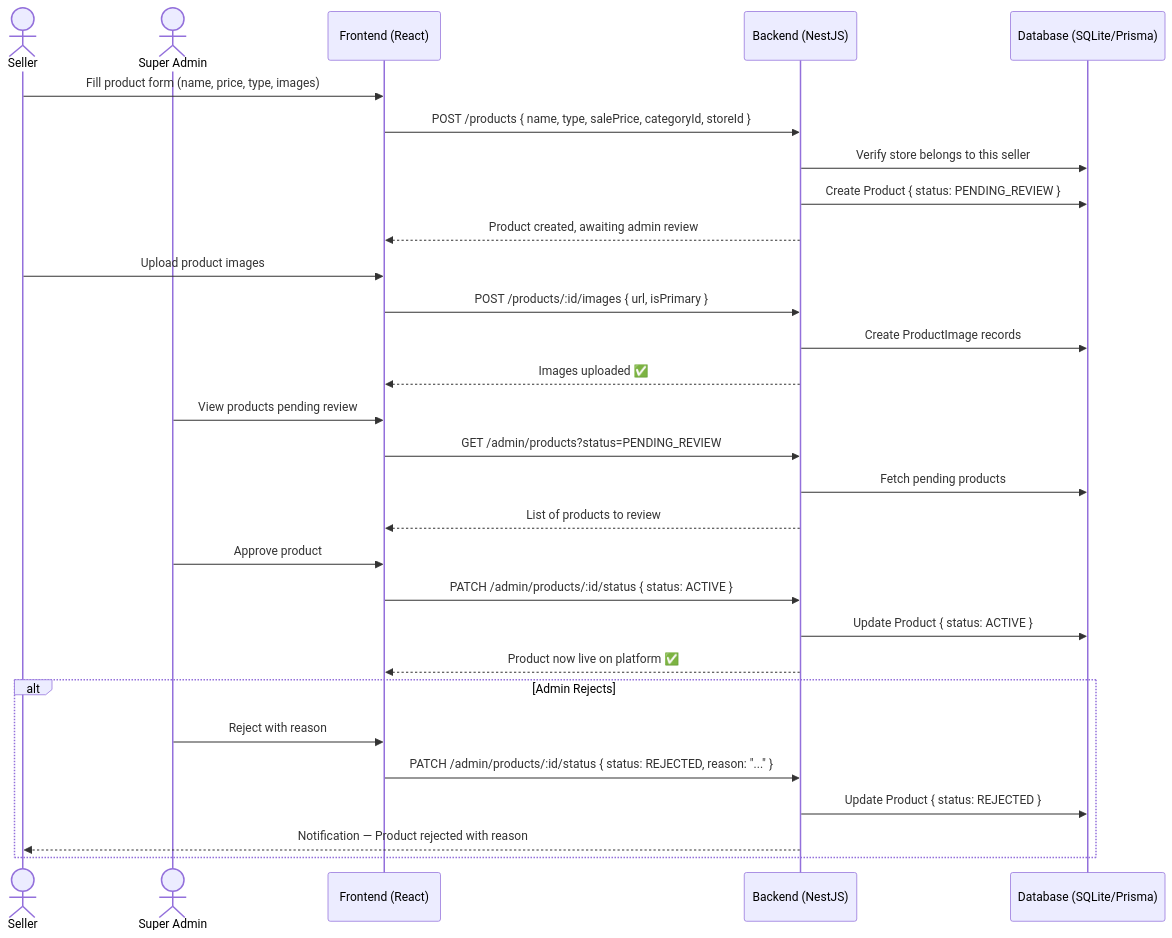
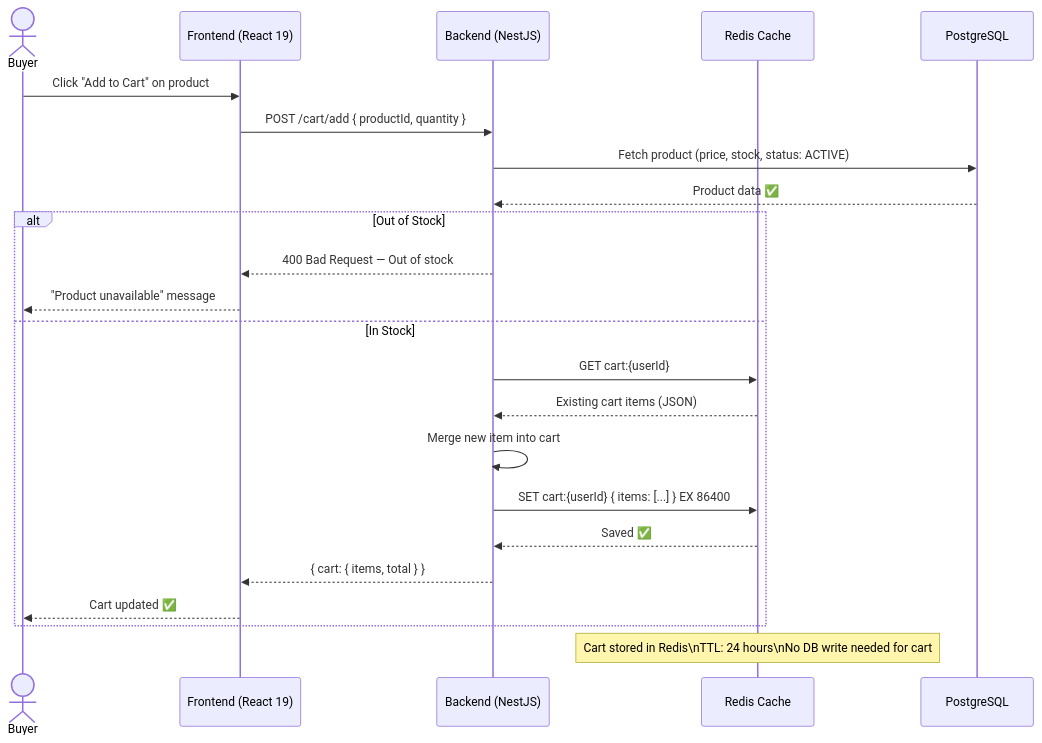
The fourth of 10 diagrams in diagrams/02_sequence_diagram.md (tayeb736/prohect12), drawn with Mermaid before and after one commit. The commit also changed other lines of this file and 7 other files, not shown here.

Commit message:
docs: update all UML diagrams — add PostgreSQL, Redis, S3, Stripe, SendGrid, KYC, Swagger per readme2 & README3

````diff
--- a/diagrams/02_sequence_diagram.md
+++ b/diagrams/02_sequence_diagram.md
@@ -110,36 +123,28 @@
 ```mermaid
 sequenceDiagram
-  actor Seller
-  actor Admin as Super Admin
-  participant Browser as Frontend (React)
+  actor Buyer
+  participant Browser as Frontend (React 19)
   participant API as Backend (NestJS)
-  participant DB as Database (SQLite/Prisma)
+  participant Redis as Redis Cache
+  participant DB as PostgreSQL
 
-  Seller->>Browser: Fill product form (name, price, type, images)
-  Browser->>API: POST /products { name, type, salePrice, categoryId, storeId }
-  API->>DB: Verify store belongs to this seller
-  API->>DB: Create Product { status: PENDING_REVIEW }
-  API-->>Browser: Product created, awaiting admin review
+  Buyer->>Browser: Click "Add to Cart" on product
+  Browser->>API: POST /cart/add { productId, quantity }
+  API->>DB: Fetch product (price, stock, status: ACTIVE)
+  DB-->>API: Product data ✅
 
-  Seller->>Browser: Upload product images
-  Browser->>API: POST /products/:id/images { url, isPrimary }
-  API->>DB: Create ProductImage records
-  API-->>Browser: Images uploaded ✅
+  alt Out of Stock
+    API-->>Browser: 400 Bad Request — Out of stock
+    Browser-->>Buyer: "Product unavailable" message
+  else In Stock
+    API->>Redis: GET cart:{userId}
+    Redis-->>API: Existing cart items (JSON)
+    API->>API: Merge new item into cart
+    API->>Redis: SET cart:{userId} { items: [...] } EX 86400
+    Redis-->>API: Saved ✅
+    API-->>Browser: { cart: { items, total } }
+    Browser-->>Buyer: Cart updated ✅
+  end
 
-  Admin->>Browser: View products pending review
-  Browser->>API: GET /admin/products?status=PENDING_REVIEW
-  API->>DB: Fetch pending products
-  API-->>Browser: List of products to review
-
-  Admin->>Browser: Approve product
-  Browser->>API: PATCH /admin/products/:id/status { status: ACTIVE }
-  API->>DB: Update Product { status: ACTIVE }
-  API-->>Browser: Product now live on platform ✅
-
-  alt Admin Rejects
-    Admin->>Browser: Reject with reason
-    Browser->>API: PATCH /admin/products/:id/status { status: REJECTED, reason: "..." }
-    API->>DB: Update Product { status: REJECTED }
-    API-->>Seller: Notification — Product rejected with reason
-  end
+  note over Redis: Cart stored in Redis\nTTL: 24 hours\nNo DB write needed for cart
 ```
````
